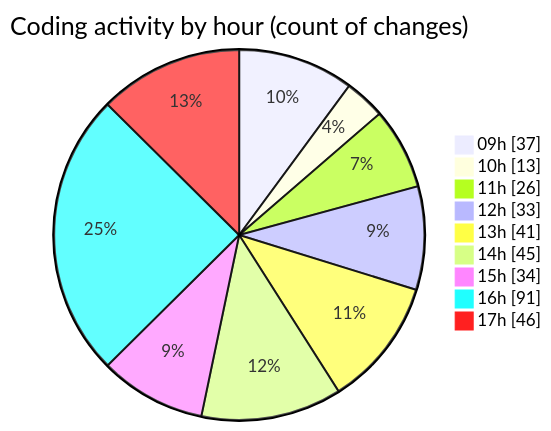
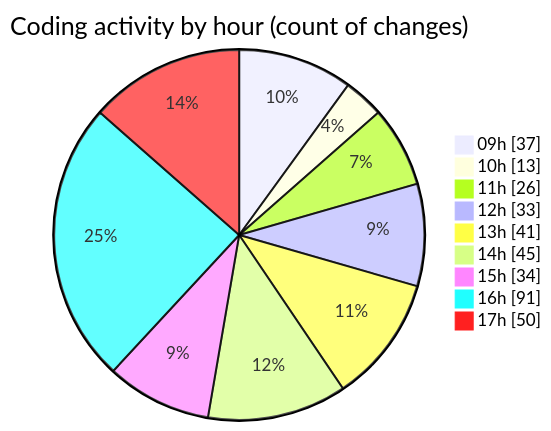
Before and after one commit to momahboobian/code-tracking: the second of 2 diagrams in 2026-04-23/cda/README.md, drawn with Mermaid. The commit also changed other lines of this file and 1 other file, not shown here.

````diff
--- a/2026-04-23/cda/README.md
+++ b/2026-04-23/cda/README.md
@@ -57,13 +57,13 @@
 ```mermaid
 pie showData
 title Coding activity by hour (count of changes)
 "09h" : 37
 "10h" : 13
 "11h" : 26
 "12h" : 33
 "13h" : 41
 "14h" : 45
 "15h" : 34
 "16h" : 91
-"17h" : 46
+"17h" : 50
 ```
````
